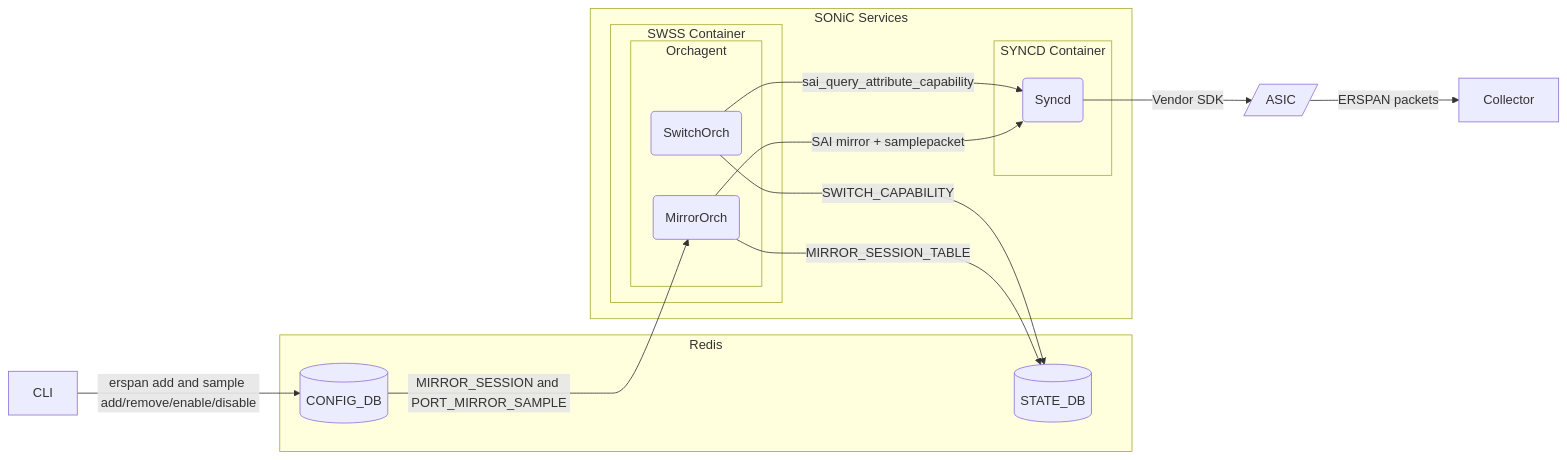
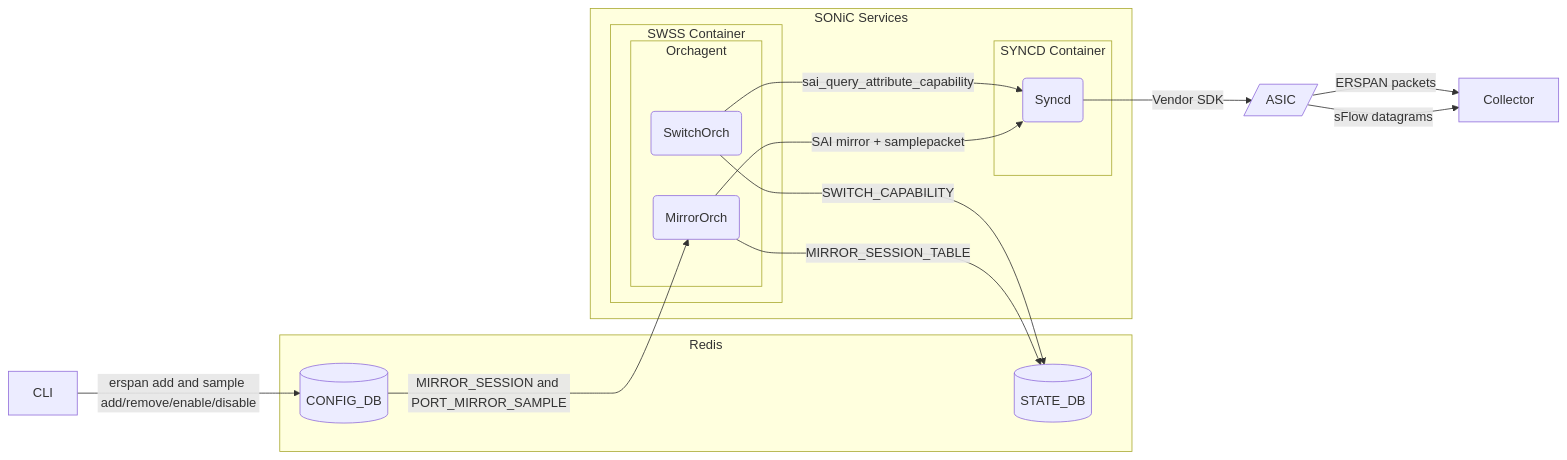
One commit to sonic-net/SONiC changed the first of 4 diagrams in doc/port-mirroring/SONiC_Port_Mirroring_HLD.md. Above: the diagram before and after it, drawn with Mermaid. The commit also changed other lines of this file, not shown here.

````diff
--- a/doc/port-mirroring/SONiC_Port_Mirroring_HLD.md
+++ b/doc/port-mirroring/SONiC_Port_Mirroring_HLD.md
@@ -157,30 +203,31 @@
 ```mermaid
 flowchart LR
     subgraph Redis
         config_db[(CONFIG_DB)]
         state_db[(STATE_DB)]
     end
 
     subgraph SONiC Services
         subgraph SWSS Container
             subgraph Orchagent
                 switch_orch(SwitchOrch)
                 mirror_orch(MirrorOrch)
             end
         end
         subgraph SYNCD Container
             syncd(Syncd)
         end
     end
 
     asic[/ASIC/]
 
     cli[CLI] -->|erspan add and sample add/remove/enable/disable| config_db
     config_db -->|MIRROR_SESSION and PORT_MIRROR_SAMPLE| mirror_orch
     switch_orch -->|sai_query_attribute_capability| syncd
     switch_orch -->|SWITCH_CAPABILITY| state_db
     mirror_orch -->|SAI mirror + samplepacket| syncd
     mirror_orch -->|MIRROR_SESSION_TABLE| state_db
     syncd -->|Vendor SDK| asic
     asic -->|ERSPAN packets| collector[Collector]
+    asic -->|sFlow datagrams| collector
 ```
````
